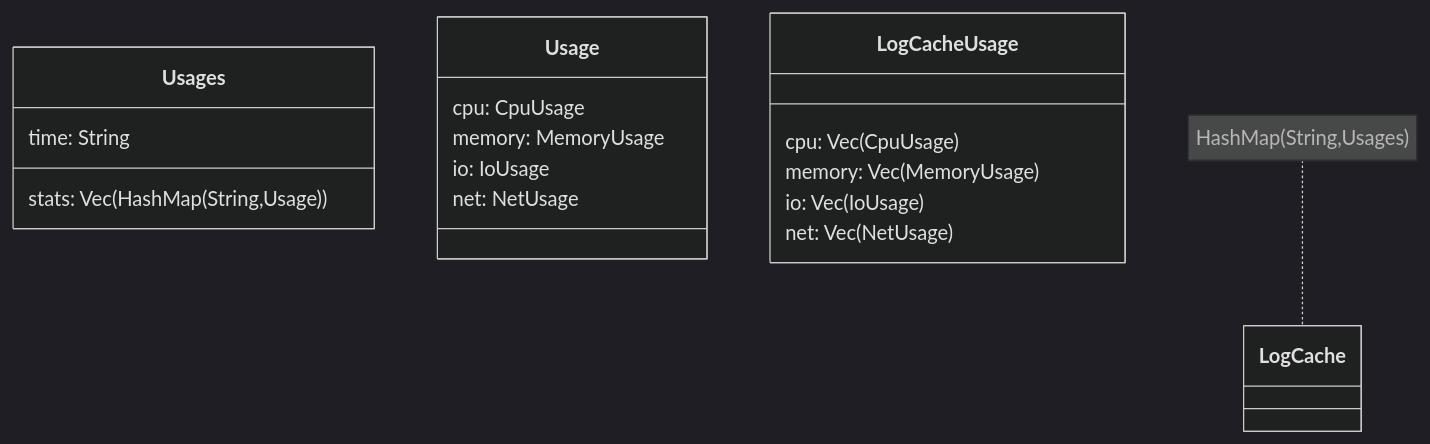
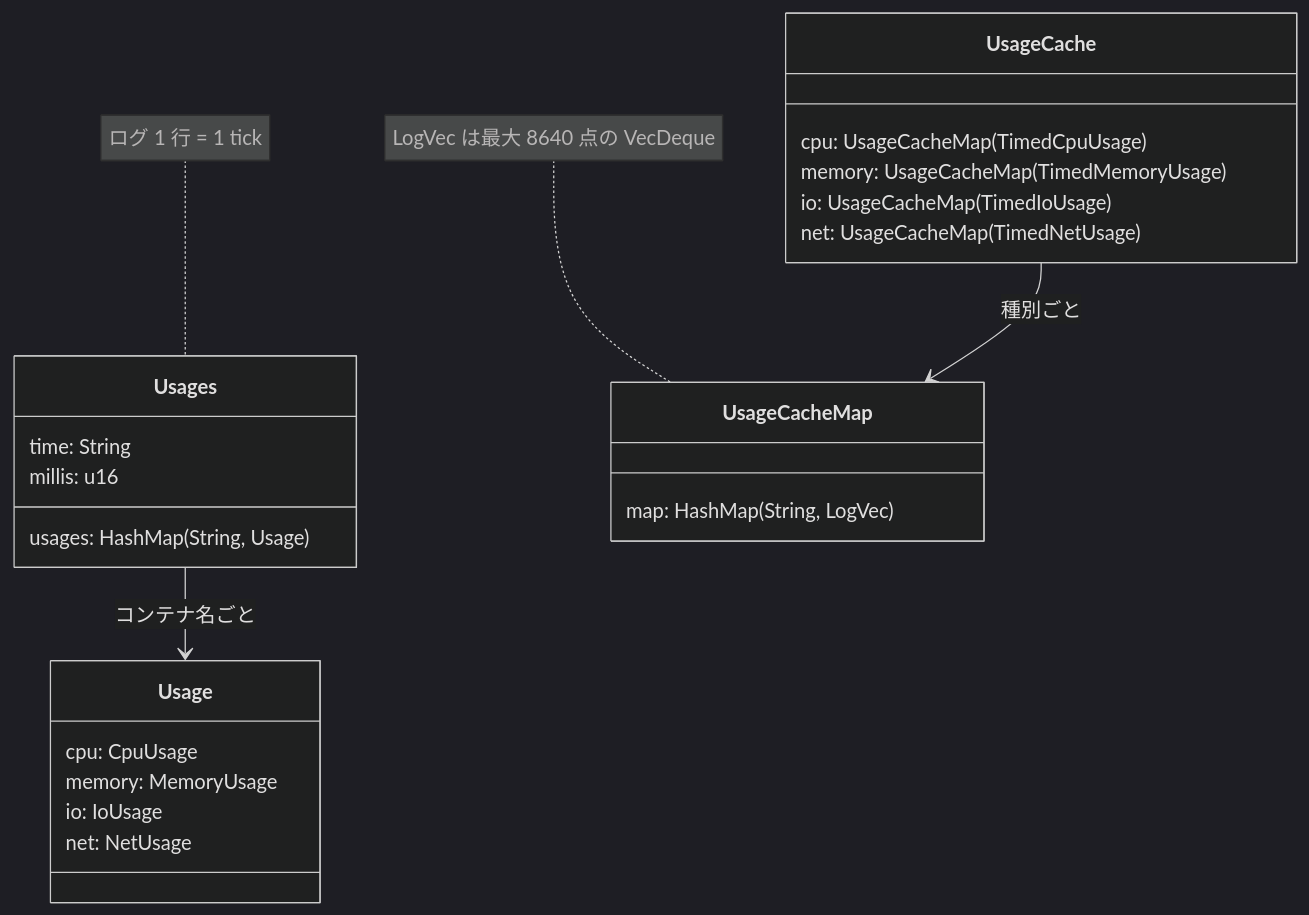
Before and after one commit to Daiius/cephylas: the first of 2 diagrams in core/README.md, drawn with Mermaid (dark theme). The commit also changed other lines of this file and 16 other files, not shown here.

````diff
--- a/core/README.md
+++ b/core/README.md
@@ -8,23 +20,27 @@
 ```mermaid
 classDiagram
     class Usages {
         time: String
-        stats: Vec(HashMap(String,Usage))
+        millis: u16
+        usages: HashMap(String, Usage)
     }
     class Usage {
         cpu: CpuUsage
         memory: MemoryUsage
         io: IoUsage
         net: NetUsage
     }
-
-    class LogCache
-    note for LogCache "HashMap(String,Usages)"
-
-    class LogCacheUsage {
-        cpu: Vec(CpuUsage)
-        memory: Vec(MemoryUsage)
-        io: Vec(IoUsage)
-        net: Vec(NetUsage)
+    class UsageCache {
+        cpu: UsageCacheMap(TimedCpuUsage)
+        memory: UsageCacheMap(TimedMemoryUsage)
+        io: UsageCacheMap(TimedIoUsage)
+        net: UsageCacheMap(TimedNetUsage)
     }
+    class UsageCacheMap {
+        map: HashMap(String, LogVec)
+    }
+    Usages --> Usage : コンテナ名ごと
+    UsageCache --> UsageCacheMap : 種別ごと
+    note for Usages "ログ 1 行 = 1 tick"
+    note for UsageCacheMap "LogVec は最大 8640 点の VecDeque"
 ```
````
